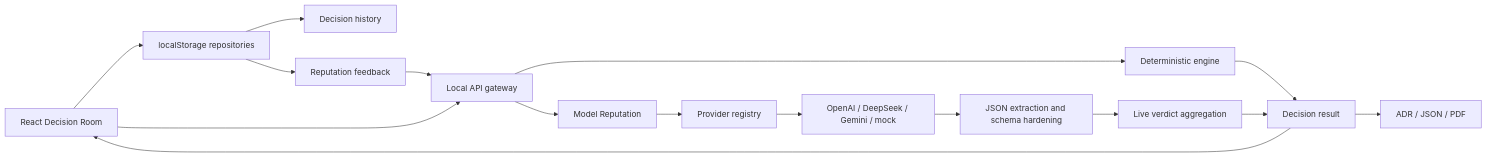
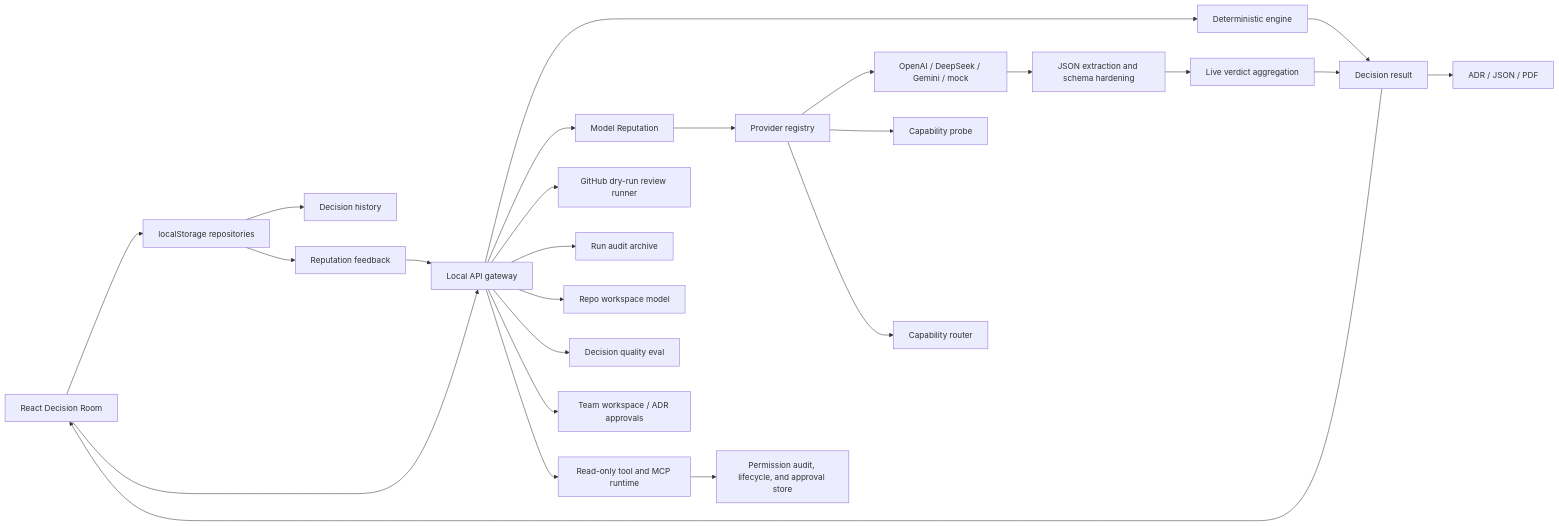
The diagram in ARCHITECTURE.md (littleyellowcat/QuorumMind), drawn with Mermaid before and after one commit. The commit also changed other lines of this file and 96 other files, not shown here.

````diff
--- a/ARCHITECTURE.md
+++ b/ARCHITECTURE.md
@@ -17,18 +23,27 @@
 ```mermaid
 flowchart LR
   Browser[React Decision Room] --> LocalStores[localStorage repositories]
   LocalStores --> History[Decision history]
   LocalStores --> Feedback[Reputation feedback]
   Browser --> Gateway[Local API gateway]
   Feedback --> Gateway
   Gateway --> Engine[Deterministic engine]
   Gateway --> Reputation[Model Reputation]
   Reputation --> Providers[Provider registry]
   Providers --> LiveModels[OpenAI / DeepSeek / Gemini / mock]
+  Gateway --> GithubRunner[GitHub dry-run review runner]
+  Gateway --> Audit[Run audit archive]
+  Gateway --> Workspace[Repo workspace model]
+  Gateway --> Quality[Decision quality eval]
+  Gateway --> Team[Team workspace / ADR approvals]
+  Gateway --> Tools[Read-only tool and MCP runtime]
+  Tools --> Permissions[Permission audit, lifecycle, and approval store]
+  Providers --> Probe[Capability probe]
+  Providers --> Router[Capability router]
   LiveModels --> Schema[JSON extraction and schema hardening]
   Schema --> Aggregation[Live verdict aggregation]
   Engine --> Verdict[Decision result]
   Aggregation --> Verdict
   Verdict --> Browser
   Verdict --> Exports[ADR / JSON / PDF]
 ```
````
